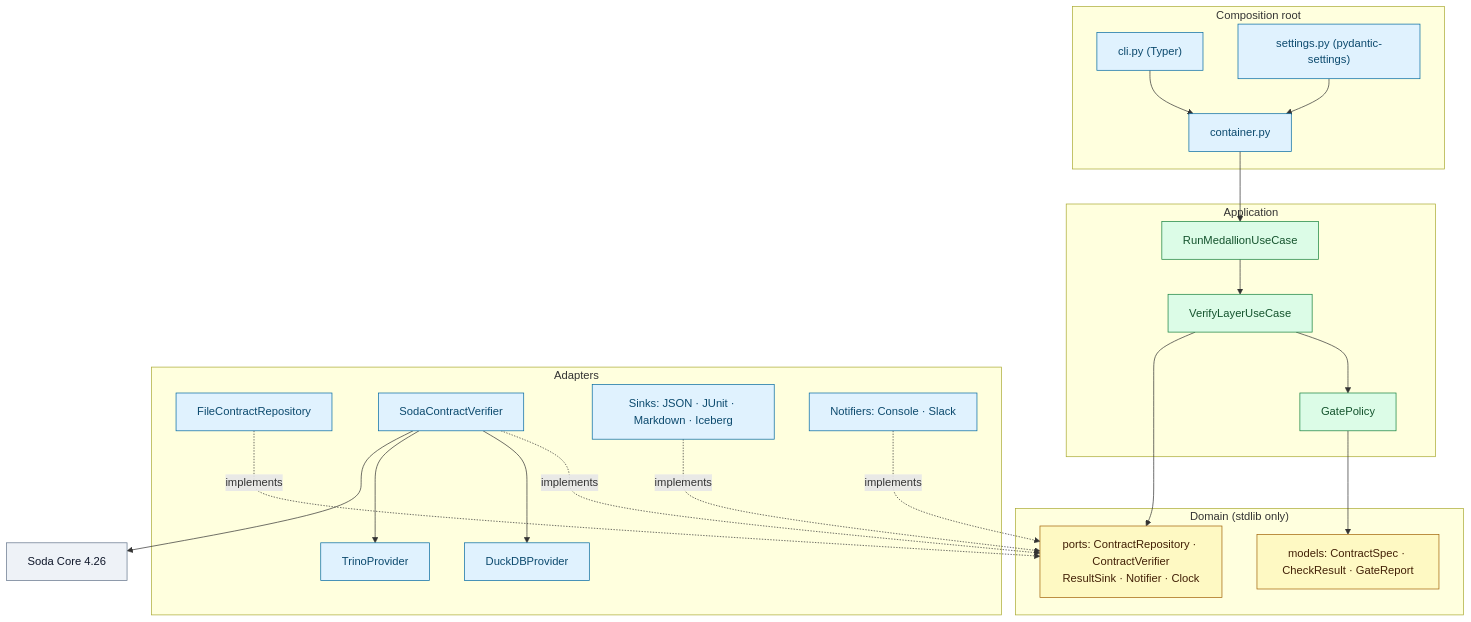
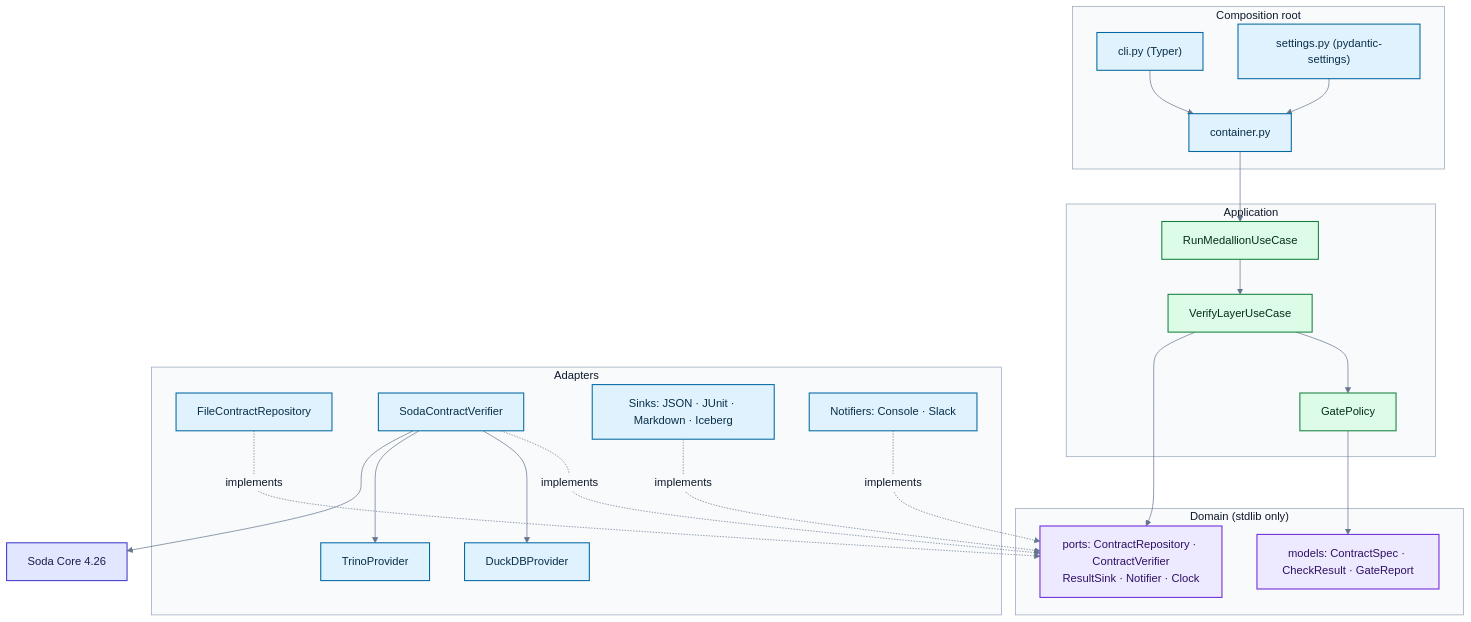
Before and after one commit to santoshshinde2012/lakehouse-quality-gates: the diagram in docs/diagrams/02-components.mmd, drawn with Mermaid. The commit also changed 20 other files, not shown here.

Commit message:
docs: overhaul README and architecture diagrams

```diff
--- a/docs/diagrams/02-components.mmd
+++ b/docs/diagrams/02-components.mmd
@@ -1,41 +1,46 @@
+%%{init: {"theme": "base", "themeVariables": {"fontFamily": "Inter, Segoe UI, Helvetica, Arial, sans-serif", "lineColor": "#64748b", "primaryTextColor": "#0f172a", "primaryColor": "#e0e7ff", "primaryBorderColor": "#4338ca", "secondaryColor": "#dcfce7", "tertiaryColor": "#f8fafc", "edgeLabelBackground": "#f8fafc", "actorBkg": "#e0e7ff", "actorBorder": "#4338ca", "noteBkgColor": "#fef3c7", "noteBorderColor": "#b45309", "signalColor": "#334155", "signalTextColor": "#0f172a"}}}%%
 flowchart TB
   subgraph COMP["Composition root"]
     CLI["cli.py (Typer)"]:::dq
     SET["settings.py (pydantic-settings)"]:::dq
     CON["container.py"]:::dq
   end
   subgraph APP["Application"]
     RM["RunMedallionUseCase"]:::gate
     VL["VerifyLayerUseCase"]:::gate
     GP["GatePolicy"]:::gate
   end
   subgraph DOM["Domain (stdlib only)"]
     M["models: ContractSpec · CheckResult · GateReport"]:::store
     P["ports: ContractRepository · ContractVerifier<br/>ResultSink · Notifier · Clock"]:::store
   end
   subgraph ADP["Adapters"]
     FR["FileContractRepository"]:::dq
     SV["SodaContractVerifier"]:::dq
     DP["DuckDBProvider"]:::dq
     TP["TrinoProvider"]:::dq
     SK["Sinks: JSON · JUnit · Markdown · Iceberg"]:::dq
     NT["Notifiers: Console · Slack"]:::dq
   end
   SODA["Soda Core 4.26"]:::ext
   CLI --> CON
   SET --> CON
   CON --> RM --> VL --> GP
   VL --> P
   GP --> M
   FR -. implements .-> P
   SV -. implements .-> P
   SK -. implements .-> P
   NT -. implements .-> P
   SV --> DP
   SV --> TP
   SV --> SODA
-  classDef ext fill:#eef2f7,stroke:#64748b,color:#0f172a
-  classDef dq fill:#e0f2fe,stroke:#0369a1,color:#0c4a6e
-  classDef store fill:#fef9c3,stroke:#a16207,color:#422006
-  classDef gate fill:#dcfce7,stroke:#15803d,color:#14532d
-  classDef fail fill:#fee2e2,stroke:#b91c1c,color:#7f1d1d
+  classDef ext fill:#e0e7ff,stroke:#4338ca,stroke-width:1.5px,color:#1e1b4b
+  classDef dq fill:#e0f2fe,stroke:#0369a1,stroke-width:1.5px,color:#082f49
+  classDef store fill:#ede9fe,stroke:#6d28d9,stroke-width:1.5px,color:#2e1065
+  classDef gate fill:#dcfce7,stroke:#15803d,stroke-width:1.5px,color:#052e16
+  classDef fail fill:#fee2e2,stroke:#b91c1c,stroke-width:1.5px,color:#450a0a
+  style COMP fill:#f8fafc,stroke:#94a3b8,color:#0f172a
+  style APP fill:#f8fafc,stroke:#94a3b8,color:#0f172a
+  style DOM fill:#f8fafc,stroke:#94a3b8,color:#0f172a
+  style ADP fill:#f8fafc,stroke:#94a3b8,color:#0f172a
```
